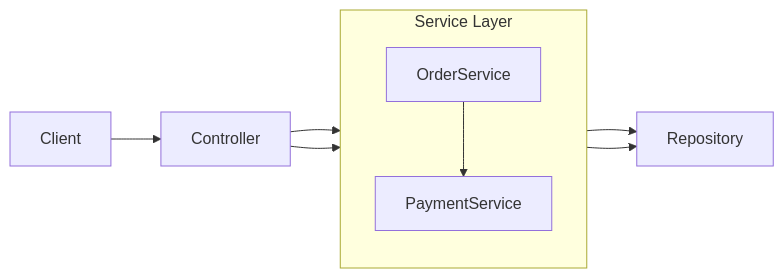
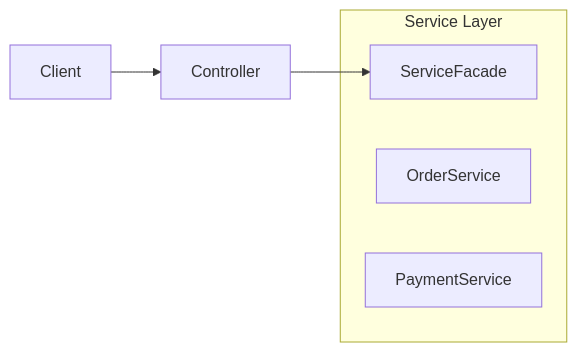
Before and after one commit to codecraft87/order-payment-system: the diagram in README.md, drawn with Mermaid.

````diff
--- a/README.md
+++ b/README.md
@@ -33,14 +33,13 @@
 ```mermaid
 flowchart LR
     Client --> Controller
 
     subgraph Service["Service Layer"]
-        direction TB
-        OrderService --> PaymentService
+        ServiceFacade
+        OrderService
+        PaymentService
     end
 
-    Controller --> OrderService
-	 Controller --> PaymentService
-    PaymentService --> Repository
-	OrderService --> Repository
+    Controller --> ServiceFacade
+
 ```
````
